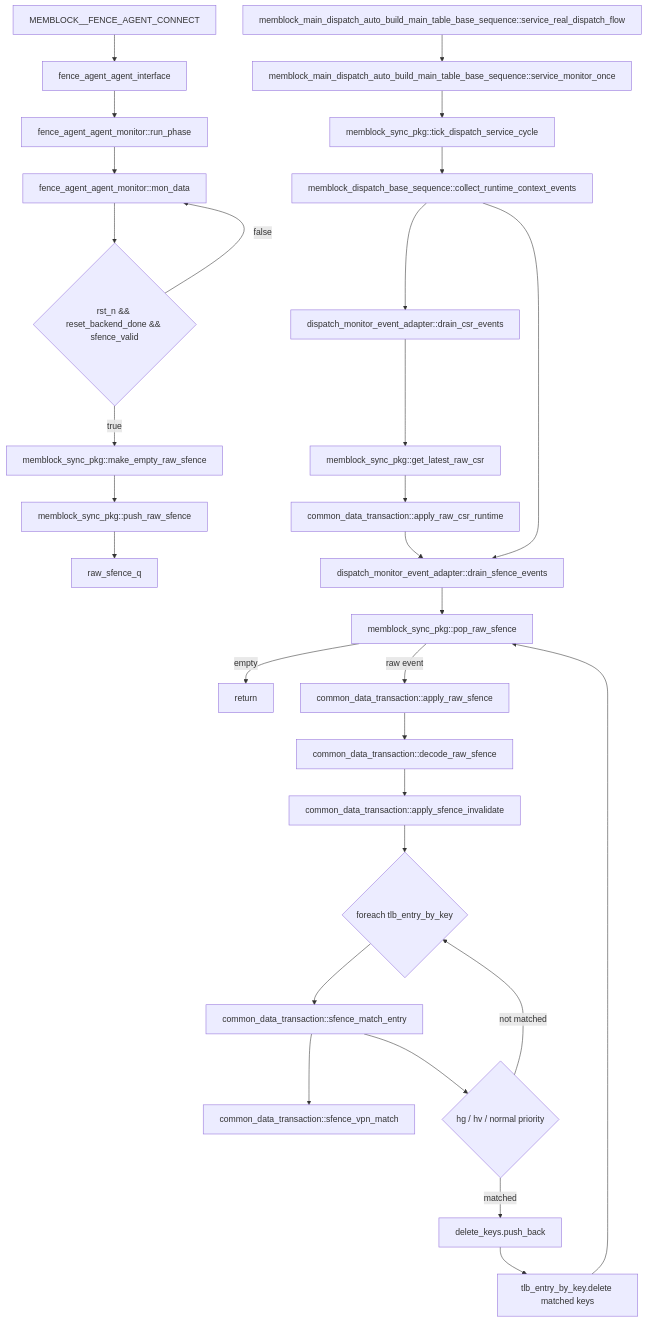
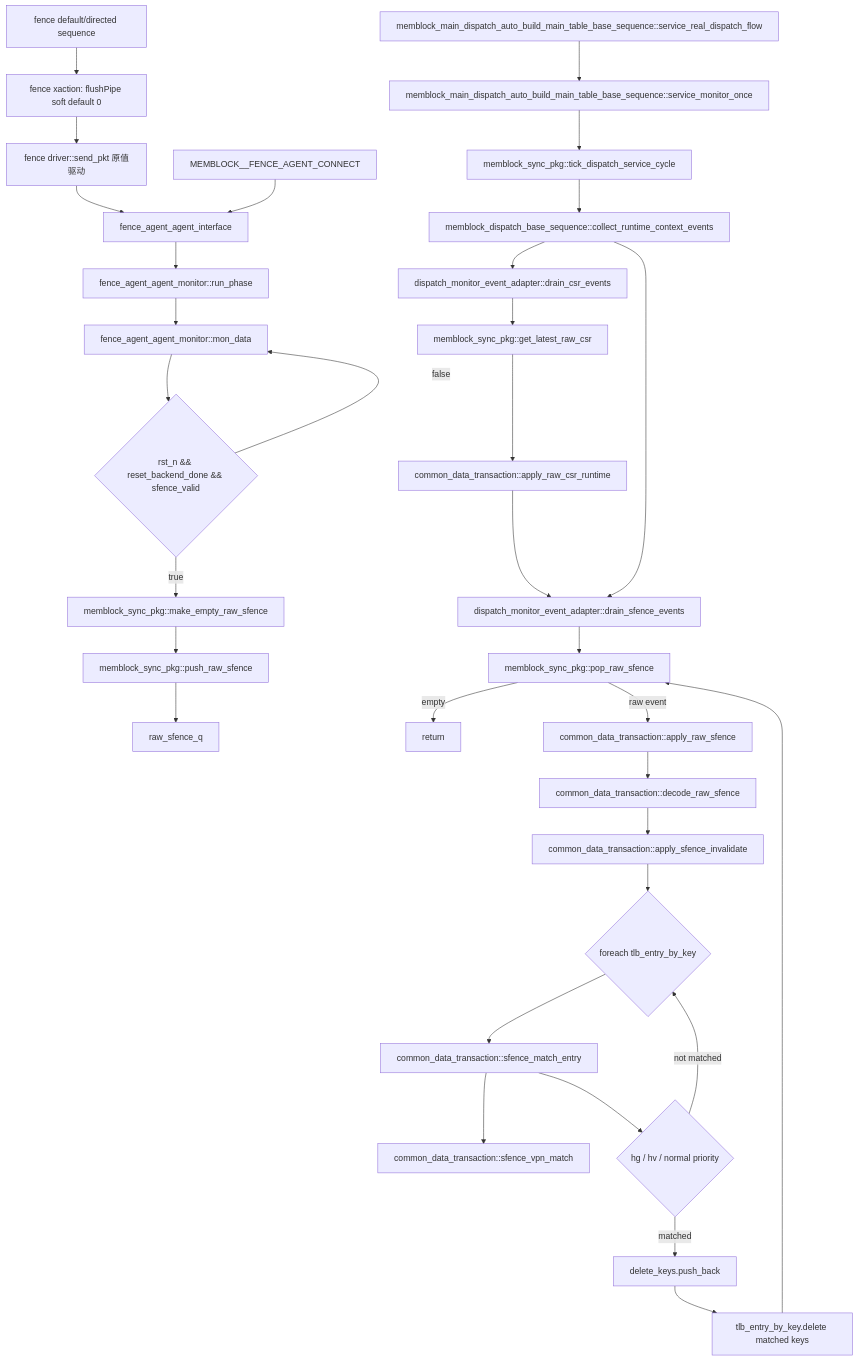
One commit to OpenXiangShan/XiangShan changed the diagram in AI_DOC/mem_ut_flow_doc/sfence_flow.md. Above: the diagram before and after it, drawn with Mermaid. The commit also changed other lines of this file and 18 other files, not shown here.

````diff
--- a/AI_DOC/mem_ut_flow_doc/sfence_flow.md
+++ b/AI_DOC/mem_ut_flow_doc/sfence_flow.md
@@ -7,33 +37,36 @@
 ```mermaid
 flowchart TD
+    A0[fence default/directed sequence] --> A1[fence xaction: flushPipe soft default 0]
+    A1 --> A2[fence driver::send_pkt 原值驱动]
+    A2 --> B
     A[MEMBLOCK__FENCE_AGENT_CONNECT] --> B[fence_agent_agent_interface]
     B --> C[fence_agent_agent_monitor::run_phase]
     C --> D[fence_agent_agent_monitor::mon_data]
     D --> E{rst_n && reset_backend_done && sfence_valid}
     E -->|false| D
     E -->|true| F[memblock_sync_pkg::make_empty_raw_sfence]
     F --> G[memblock_sync_pkg::push_raw_sfence]
     G --> H[raw_sfence_q]
 
     I[memblock_main_dispatch_auto_build_main_table_base_sequence::service_real_dispatch_flow] --> J[memblock_main_dispatch_auto_build_main_table_base_sequence::service_monitor_once]
     J --> K[memblock_sync_pkg::tick_dispatch_service_cycle]
     K --> L[memblock_dispatch_base_sequence::collect_runtime_context_events]
     L --> M[dispatch_monitor_event_adapter::drain_csr_events]
     M --> N[memblock_sync_pkg::get_latest_raw_csr]
     N --> O[common_data_transaction::apply_raw_csr_runtime]
     O --> P[dispatch_monitor_event_adapter::drain_sfence_events]
     L --> P
     P --> Q[memblock_sync_pkg::pop_raw_sfence]
     Q -->|empty| R[return]
     Q -->|raw event| S[common_data_transaction::apply_raw_sfence]
     S --> T[common_data_transaction::decode_raw_sfence]
     T --> U[common_data_transaction::apply_sfence_invalidate]
     U --> V{foreach tlb_entry_by_key}
     V --> W[common_data_transaction::sfence_match_entry]
     W --> X[common_data_transaction::sfence_vpn_match]
     W --> Y{hg / hv / normal priority}
     Y -->|matched| Z[delete_keys.push_back]
     Y -->|not matched| V
     Z --> AA[tlb_entry_by_key.delete matched keys]
     AA --> Q
 ```
````
